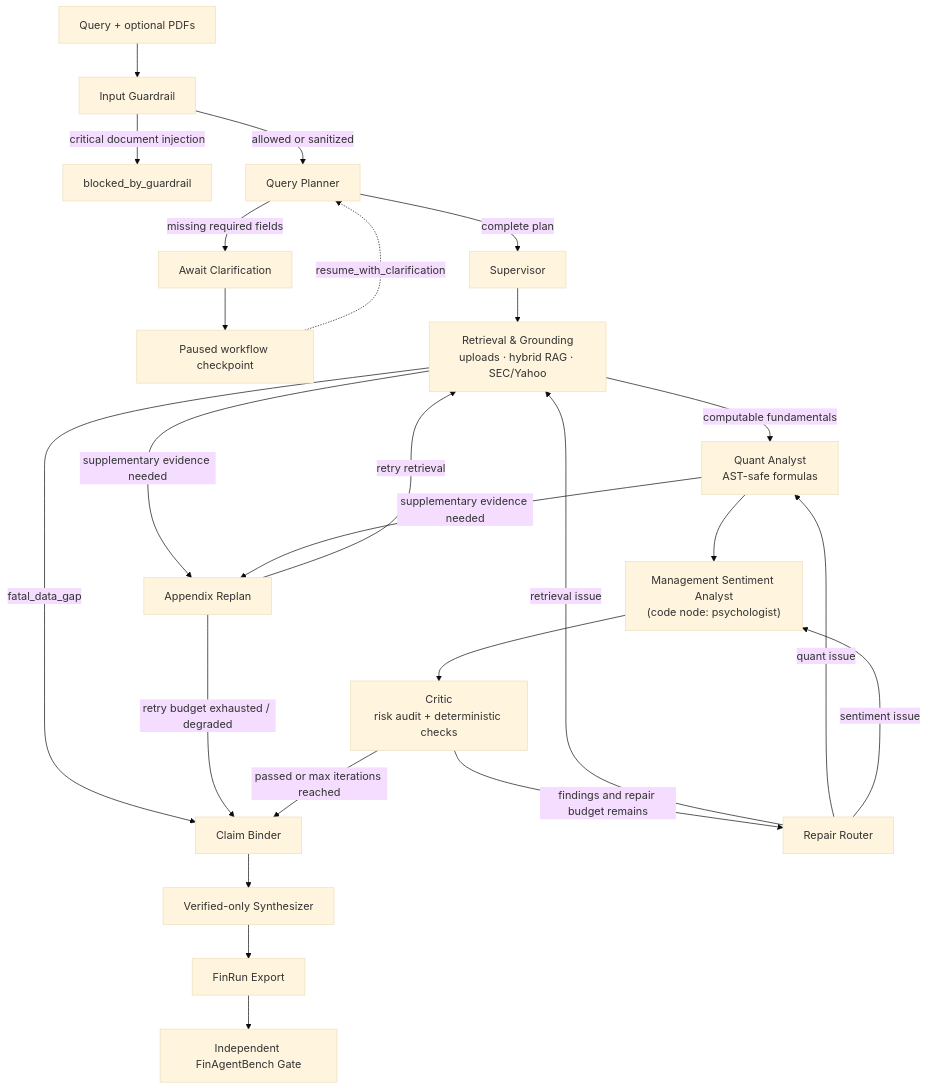
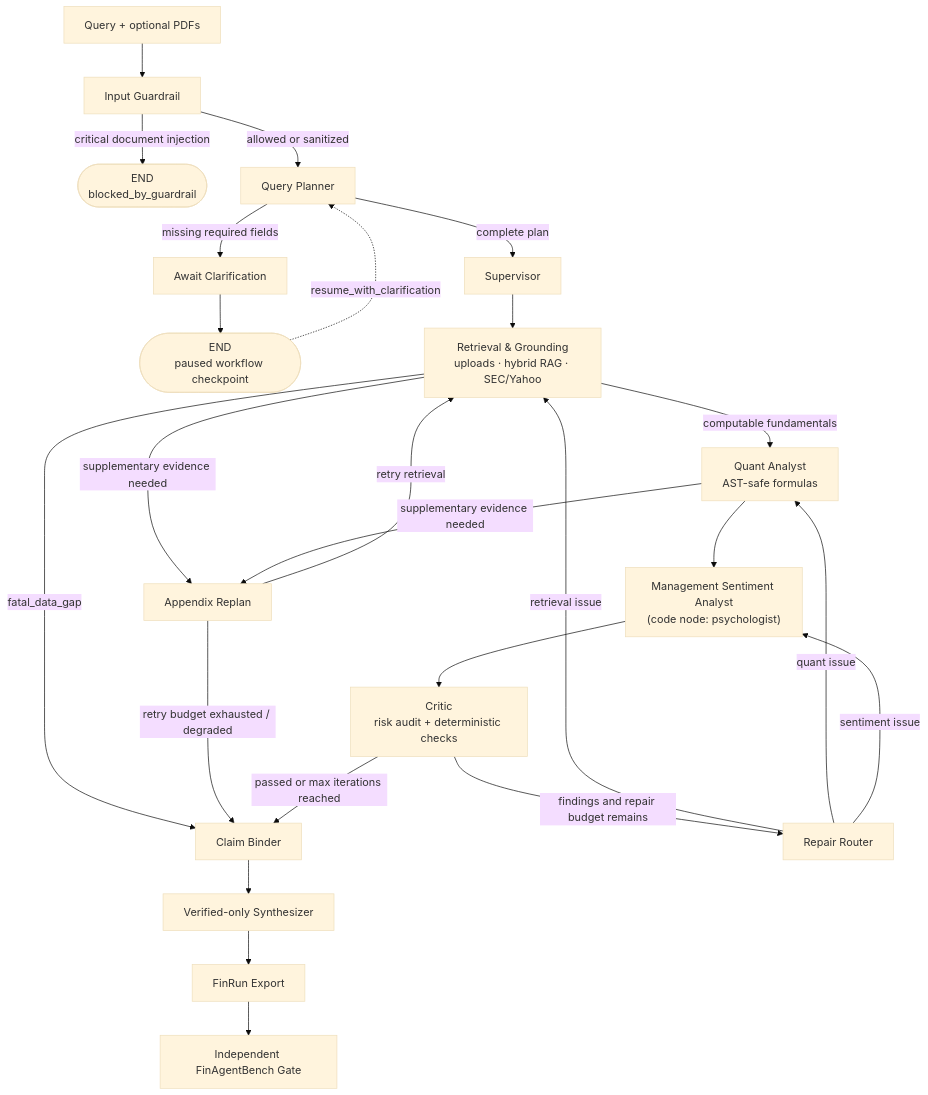
The first of 2 diagrams in README.md (majiali423/lumenfin-agent), drawn with Mermaid (base theme) before and after one commit. The commit also changed other lines of this file, not shown here.

````diff
--- a/README.md
+++ b/README.md
@@ -65,36 +106,36 @@
 ```mermaid
 flowchart TD
     IN["Query + optional PDFs"] --> IG["Input Guardrail"]
 
-    IG -->|critical document injection| BLOCK["blocked_by_guardrail"]
+    IG -->|critical document injection| BLOCK(["END<br/>blocked_by_guardrail"])
     IG -->|allowed or sanitized| QP["Query Planner"]
 
     QP -->|missing required fields| HITL["Await Clarification"]
-    HITL --> PAUSE["Paused workflow checkpoint"]
+    HITL --> PAUSE(["END<br/>paused workflow checkpoint"])
     PAUSE -. "resume_with_clarification" .-> QP
 
     QP -->|complete plan| SUP["Supervisor"]
     SUP --> RET["Retrieval & Grounding<br/>uploads · hybrid RAG · SEC/Yahoo"]
 
     RET -->|fatal_data_gap| CB["Claim Binder"]
     RET -->|supplementary evidence needed| AR["Appendix Replan"]
     AR -->|retry retrieval| RET
     AR -->|retry budget exhausted / degraded| CB
 
     RET -->|computable fundamentals| QA["Quant Analyst<br/>AST-safe formulas"]
     QA -->|supplementary evidence needed| AR
     QA --> SENT["Management Sentiment Analyst<br/>(code node: psychologist)"]
 
     SENT --> CR["Critic<br/>risk audit + deterministic checks"]
 
     CR -->|findings and repair budget remains| REP["Repair Router"]
     REP -->|retrieval issue| RET
     REP -->|quant issue| QA
     REP -->|sentiment issue| SENT
 
     CR -->|passed or max iterations reached| CB
 
     CB --> SYN["Verified-only Synthesizer"]
     SYN --> FR["FinRun Export"]
     FR --> FAB["Independent FinAgentBench Gate"]
 ```
````
